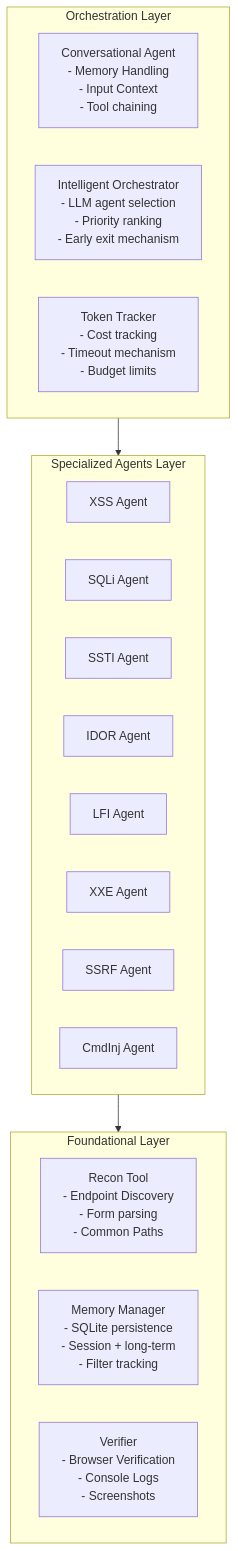
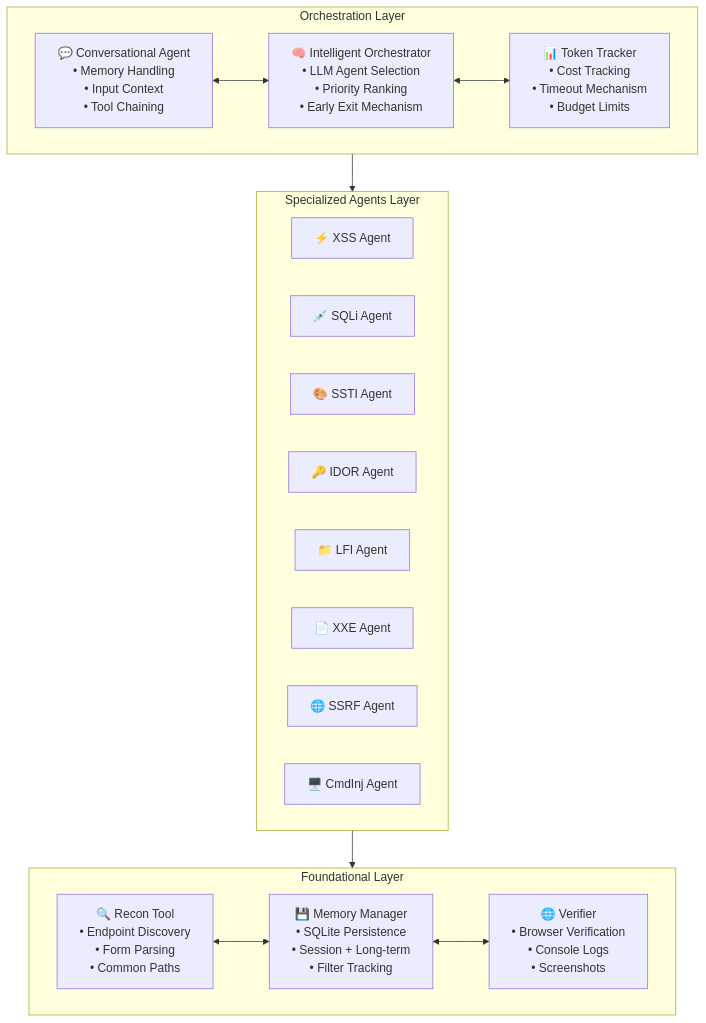
The second of 5 diagrams in docs/paper-research/md-downloaded-paper-curated/04-awe-adaptive-agents-for-dynamic-web-penetration-testing.md (nishan-paul-2022/cmatrix-agentic-red-team), drawn with Mermaid before and after one commit. The commit also changed other lines of this file and 52 other files, not shown here.

````diff
--- a/docs/paper-research/md-downloaded-paper-curated/04-awe-adaptive-agents-for-dynamic-web-penetration-testing.md
+++ b/docs/paper-research/md-downloaded-paper-curated/04-awe-adaptive-agents-for-dynamic-web-penetration-testing.md
@@ -151,31 +201,57 @@
 ```mermaid
 flowchart TD
-    subgraph OrchestrationLayer [Orchestration Layer]
+    subgraph OrchestrationLayer [ Orchestration Layer ]
         direction LR
-        CA[Conversational Agent<br>- Memory Handling<br>- Input Context<br>- Tool chaining]
-        IO[Intelligent Orchestrator<br>- LLM agent selection<br>- Priority ranking<br>- Early exit mechanism]
-        TT[Token Tracker<br>- Cost tracking<br>- Timeout mechanism<br>- Budget limits]
+        CA["💬 Conversational Agent
+        • Memory Handling
+        • Input Context
+        • Tool Chaining"]
+        
+        IO["🧠 Intelligent Orchestrator
+        • LLM Agent Selection
+        • Priority Ranking
+        • Early Exit Mechanism"]
+        
+        TT["📊 Token Tracker
+        • Cost Tracking
+        • Timeout Mechanism
+        • Budget Limits"]
+        
+        CA <--> IO <--> TT
     end
 
-    subgraph SpecializedAgentsLayer [Specialized Agents Layer]
+    subgraph SpecializedAgentsLayer [ Specialized Agents Layer ]
         direction LR
-        XA[XSS Agent]
-        SA[SQLi Agent]
-        SSTIA[SSTI Agent]
-        IA[IDOR Agent]
-        LA[LFI Agent]
-        XXEA[XXE Agent]
-        SSRFA[SSRF Agent]
-        CA2[CmdInj Agent]
+        XSS["⚡ XSS Agent"]
+        SQLI["💉 SQLi Agent"]
+        SSTI["🎨 SSTI Agent"]
+        IDOR["🔑 IDOR Agent"]
+        LFI["📁 LFI Agent"]
+        XXE["📄 XXE Agent"]
+        SSRF["🌐 SSRF Agent"]
+        CMD["🖥️ CmdInj Agent"]
     end
 
-    subgraph FoundationalLayer [Foundational Layer]
+    subgraph FoundationalLayer [ Foundational Layer ]
         direction LR
-        RT[Recon Tool<br>- Endpoint Discovery<br>- Form parsing<br>- Common Paths]
-        MM[Memory Manager<br>- SQLite persistence<br>- Session + long-term<br>- Filter tracking]
-        V[Verifier<br>- Browser Verification<br>- Console Logs<br>- Screenshots]
+        RT["🔍 Recon Tool
+        • Endpoint Discovery
+        • Form Parsing
+        • Common Paths"]
+        
+        MM["💾 Memory Manager
+        • SQLite Persistence
+        • Session + Long-term
+        • Filter Tracking"]
+        
+        VF["🌐 Verifier
+        • Browser Verification
+        • Console Logs
+        • Screenshots"]
+        
+        RT <--> MM <--> VF
     end
 
     OrchestrationLayer --> SpecializedAgentsLayer
     SpecializedAgentsLayer --> FoundationalLayer
 ```
````
